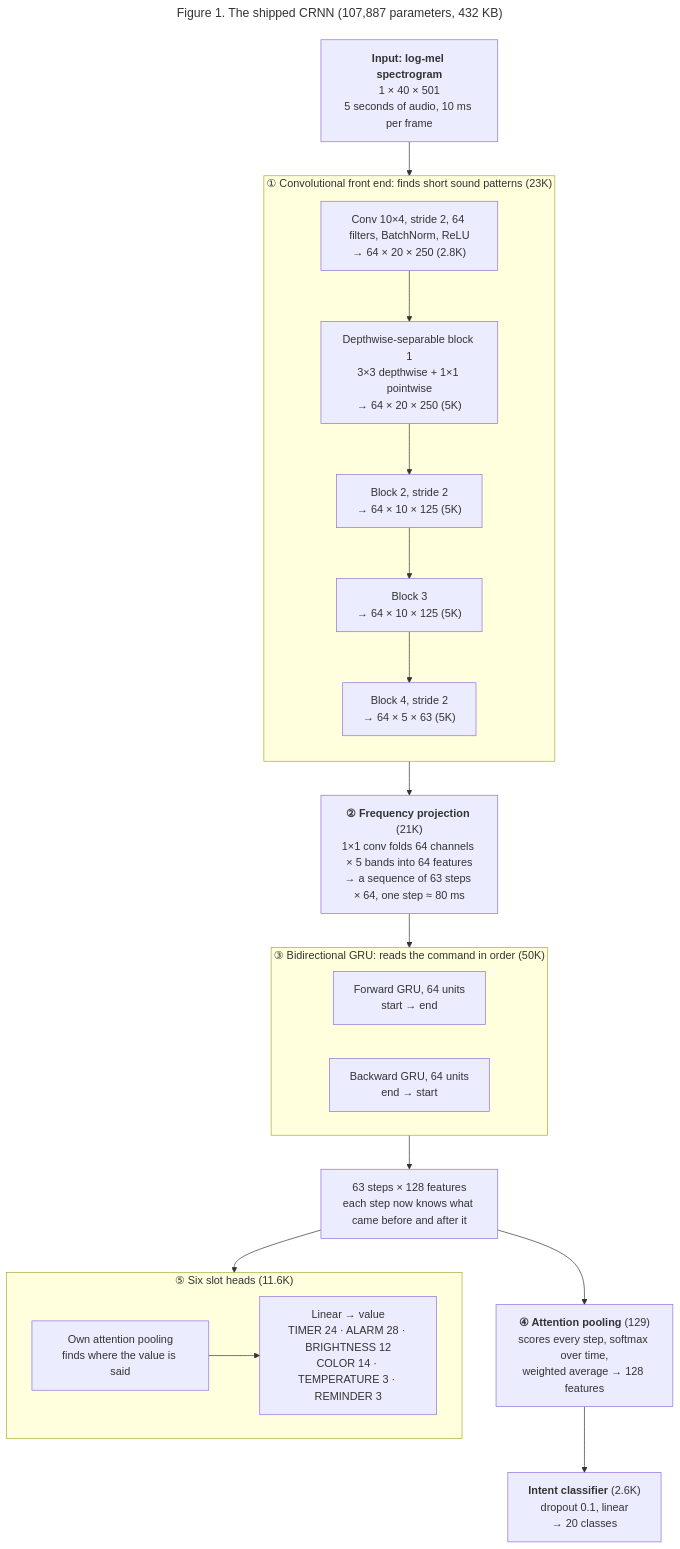
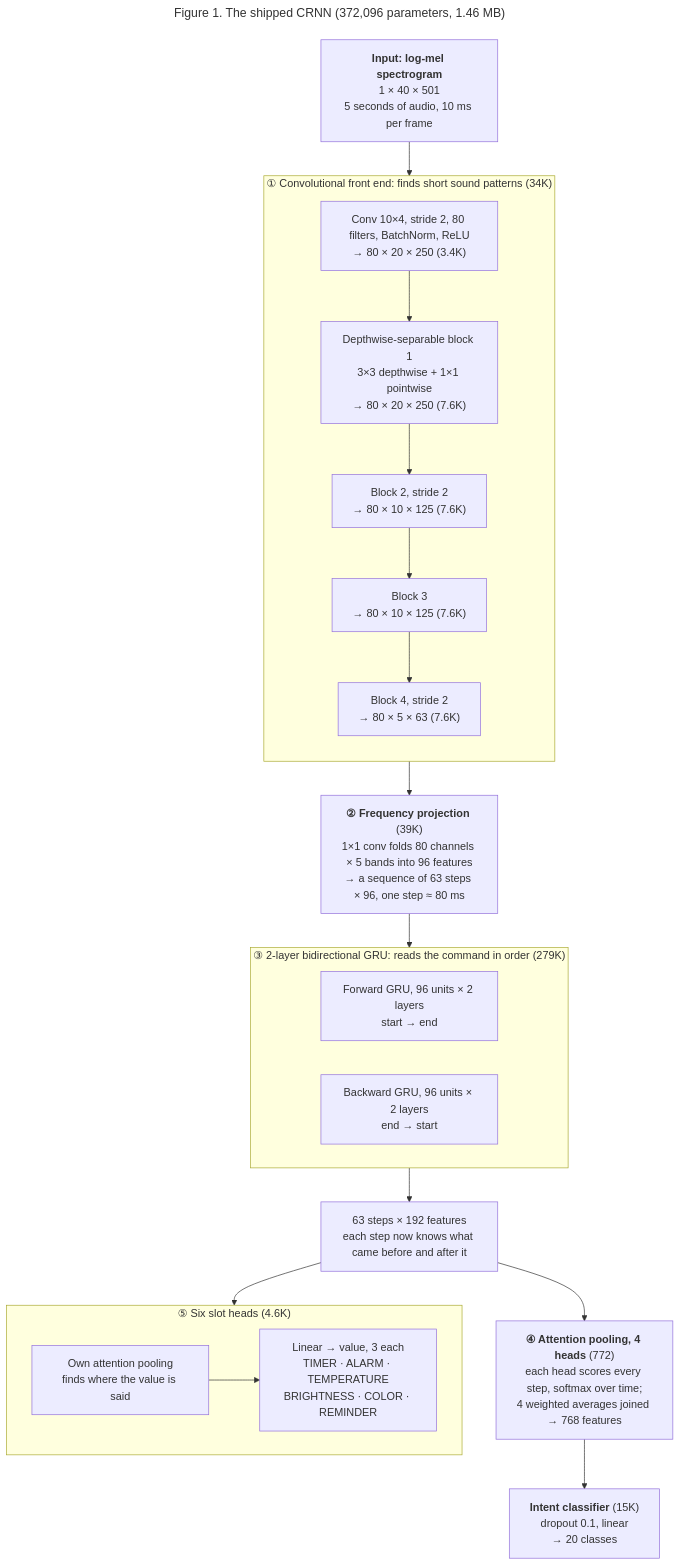
The first of 4 diagrams in docs/MODEL.md (quielq/quielq-vcm), drawn with Mermaid before and after one commit. The commit also changed other lines of this file and 160 other files, not shown here.

````diff
--- a/docs/MODEL.md
+++ b/docs/MODEL.md
@@ -79,41 +79,41 @@
 ```mermaid
 ---
-title: Figure 1. The shipped CRNN (107,887 parameters, 432 KB)
+title: Figure 1. The shipped CRNN (372,096 parameters, 1.46 MB)
 ---
 flowchart TB
     IN["<b>Input: log-mel spectrogram</b><br/>1 × 40 × 501<br/>5 seconds of audio, 10 ms per frame"]
 
-    subgraph CNN["① Convolutional front end: finds short sound patterns (23K)"]
+    subgraph CNN["① Convolutional front end: finds short sound patterns (34K)"]
         direction TB
-        C1["Conv 10×4, stride 2, 64 filters, BatchNorm, ReLU<br/>→ 64 × 20 × 250 (2.8K)"]
-        D1["Depthwise-separable block 1<br/>3×3 depthwise + 1×1 pointwise<br/>→ 64 × 20 × 250 (5K)"]
-        D2["Block 2, stride 2<br/>→ 64 × 10 × 125 (5K)"]
-        D3["Block 3<br/>→ 64 × 10 × 125 (5K)"]
-        D4["Block 4, stride 2<br/>→ 64 × 5 × 63 (5K)"]
+        C1["Conv 10×4, stride 2, 80 filters, BatchNorm, ReLU<br/>→ 80 × 20 × 250 (3.4K)"]
+        D1["Depthwise-separable block 1<br/>3×3 depthwise + 1×1 pointwise<br/>→ 80 × 20 × 250 (7.6K)"]
+        D2["Block 2, stride 2<br/>→ 80 × 10 × 125 (7.6K)"]
+        D3["Block 3<br/>→ 80 × 10 × 125 (7.6K)"]
+        D4["Block 4, stride 2<br/>→ 80 × 5 × 63 (7.6K)"]
         C1 --> D1 --> D2 --> D3 --> D4
     end
 
-    P["<b>② Frequency projection</b> (21K)<br/>1×1 conv folds 64 channels × 5 bands into 64 features<br/>→ a sequence of 63 steps × 64, one step ≈ 80 ms"]
+    P["<b>② Frequency projection</b> (39K)<br/>1×1 conv folds 80 channels × 5 bands into 96 features<br/>→ a sequence of 63 steps × 96, one step ≈ 80 ms"]
 
-    subgraph RNN["③ Bidirectional GRU: reads the command in order (50K)"]
+    subgraph RNN["③ 2-layer bidirectional GRU: reads the command in order (279K)"]
         direction LR
-        F["Forward GRU, 64 units<br/>start → end"]
-        B["Backward GRU, 64 units<br/>end → start"]
+        F["Forward GRU, 96 units × 2 layers<br/>start → end"]
+        B["Backward GRU, 96 units × 2 layers<br/>end → start"]
     end
 
-    S["63 steps × 128 features<br/>each step now knows what came before and after it"]
+    S["63 steps × 192 features<br/>each step now knows what came before and after it"]
 
-    A["<b>④ Attention pooling</b> (129)<br/>scores every step, softmax over time,<br/>weighted average → 128 features"]
-    I["<b>Intent classifier</b> (2.6K)<br/>dropout 0.1, linear<br/>→ 20 classes"]
+    A["<b>④ Attention pooling, 4 heads</b> (772)<br/>each head scores every step, softmax over time;<br/>4 weighted averages joined → 768 features"]
+    I["<b>Intent classifier</b> (15K)<br/>dropout 0.1, linear<br/>→ 20 classes"]
 
-    subgraph SLOTS["⑤ Six slot heads (11.6K)"]
+    subgraph SLOTS["⑤ Six slot heads (4.6K)"]
         direction LR
         SA["Own attention pooling<br/>finds where the value is said"]
-        SC["Linear → value<br/>TIMER 24 · ALARM 28 · BRIGHTNESS 12<br/>COLOR 14 · TEMPERATURE 3 · REMINDER 3"]
+        SC["Linear → value, 3 each<br/>TIMER · ALARM · TEMPERATURE<br/>BRIGHTNESS · COLOR · REMINDER"]
         SA --> SC
     end
 
     IN --> CNN --> P --> RNN --> S
     S --> A --> I
     S --> SLOTS
 ```
````
